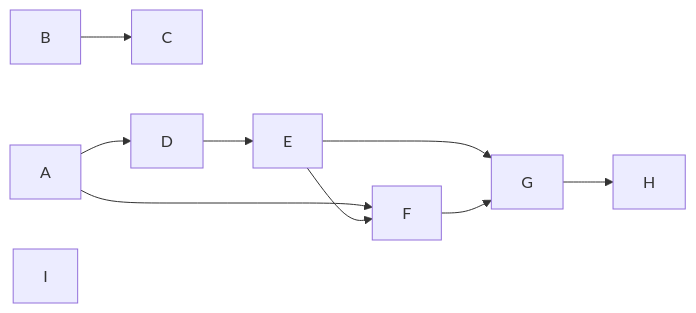
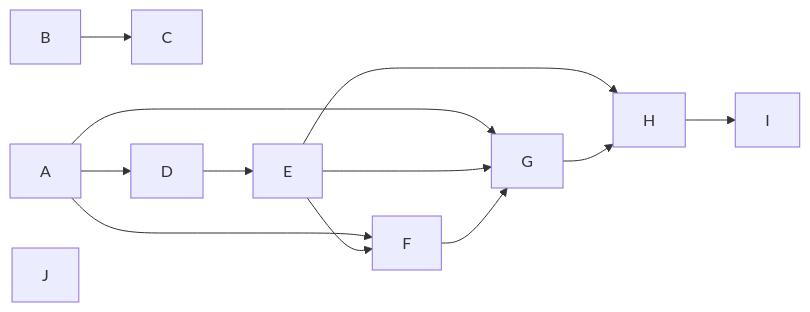
One commit to stayfixed/stayfixed changed the diagram in docs/plans/2026-10-18-wave-9-cp-proof.md. Above: the diagram before and after it, drawn with Mermaid. The commit also changed other lines of this file and 1 other file, not shown here.

````diff
--- a/docs/plans/2026-10-18-wave-9-cp-proof.md
+++ b/docs/plans/2026-10-18-wave-9-cp-proof.md
@@ -278,12 +294,15 @@
 ```mermaid
 graph LR
   B --> C
   A --> D
   A --> F
+  A --> G
   D --> E
   E --> F
   E --> G
   F --> G
+  E --> H
   G --> H
-  I
+  H --> I
+  J
 ```
````
